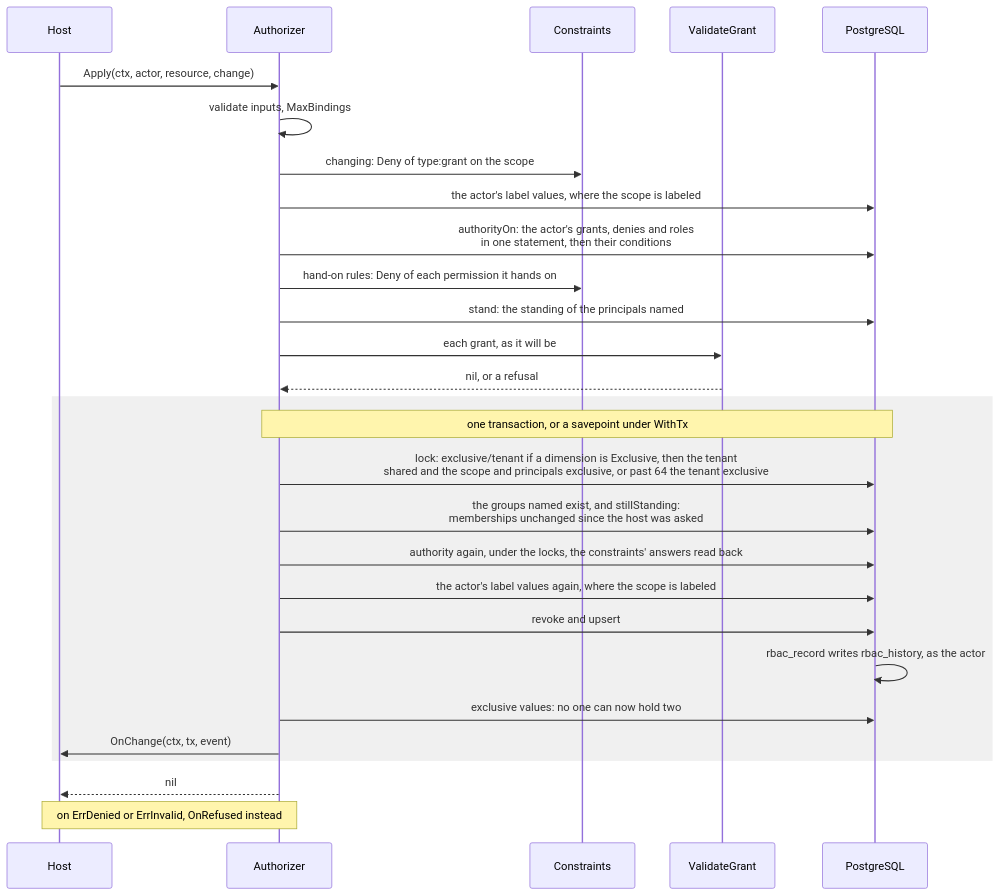
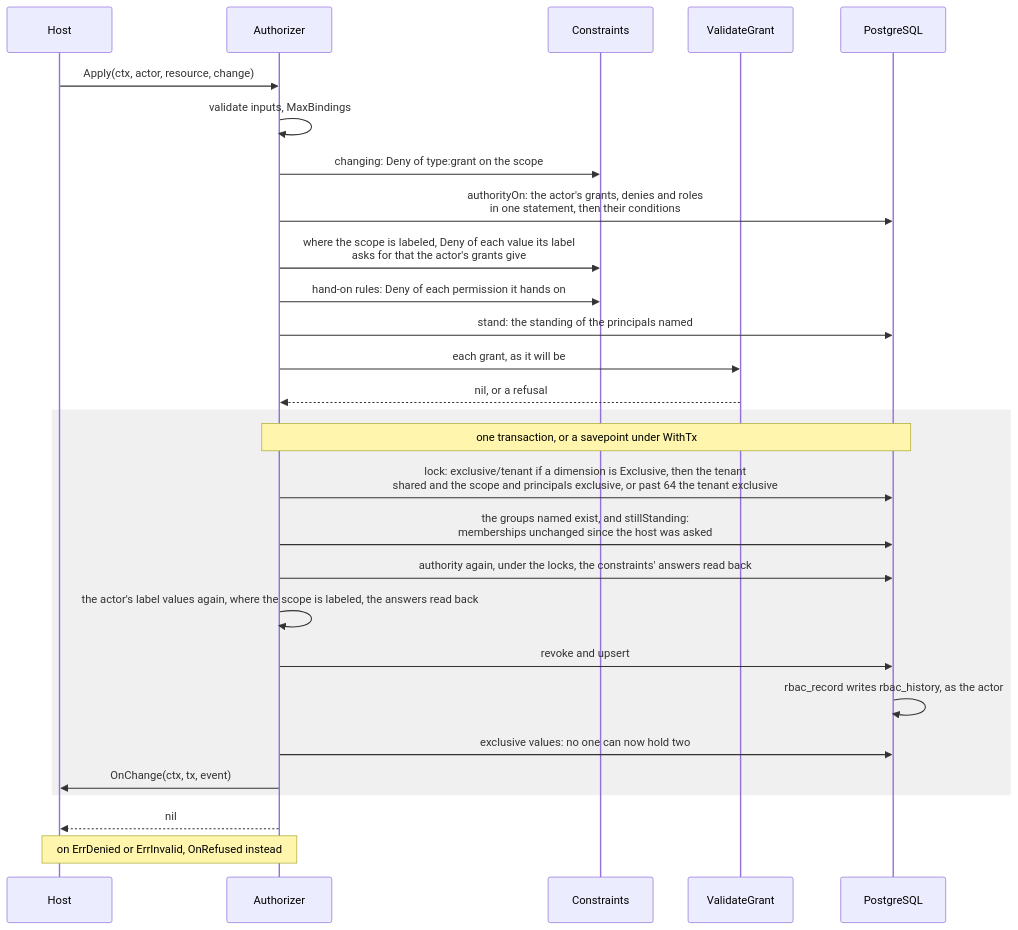
One commit to parallelworks/rbac changed the eighth of 13 diagrams in docs/architecture.md. Above: the diagram before and after it, drawn with Mermaid. The commit also changed other lines of this file and 7 other files, not shown here.

Commit message:
fix: a check of a labeled resource asks the constraints about every label value the subject holds, and fails when a hook fails on a value its label doesn't name (#78)

````diff
--- a/docs/architecture.md
+++ b/docs/architecture.md
@@ -403,30 +405,30 @@
 ```mermaid
 sequenceDiagram
     participant H as Host
     participant A as Authorizer
     participant C as Constraints
     participant V as ValidateGrant
     participant DB as PostgreSQL
     H->>A: Apply(ctx, actor, resource, change)
     A->>A: validate inputs, MaxBindings
     A->>C: changing: Deny of type:grant on the scope
-    A->>DB: the actor's label values, where the scope is labeled
     A->>DB: authorityOn: the actor's grants, denies and roles<br/>in one statement, then their conditions
+    A->>C: where the scope is labeled, Deny of each value its label<br/>asks for that the actor's grants give
     A->>C: hand-on rules: Deny of each permission it hands on
     A->>DB: stand: the standing of the principals named
     A->>V: each grant, as it will be
     V-->>A: nil, or a refusal
     rect rgb(240, 240, 240)
     note over A,DB: one transaction, or a savepoint under WithTx
     A->>DB: lock: exclusive/tenant if a dimension is Exclusive, then the tenant<br/>shared and the scope and principals exclusive, or past 64 the tenant exclusive
     A->>DB: the groups named exist, and stillStanding:<br/>memberships unchanged since the host was asked
     A->>DB: authority again, under the locks, the constraints' answers read back
-    A->>DB: the actor's label values again, where the scope is labeled
+    A->>A: the actor's label values again, where the scope is labeled, the answers read back
     A->>DB: revoke and upsert
     DB->>DB: rbac_record writes rbac_history, as the actor
     A->>DB: exclusive values: no one can now hold two
     A->>H: OnChange(ctx, tx, event)
     end
     A-->>H: nil
     note over A,H: on ErrDenied or ErrInvalid, OnRefused instead
 ```
````
